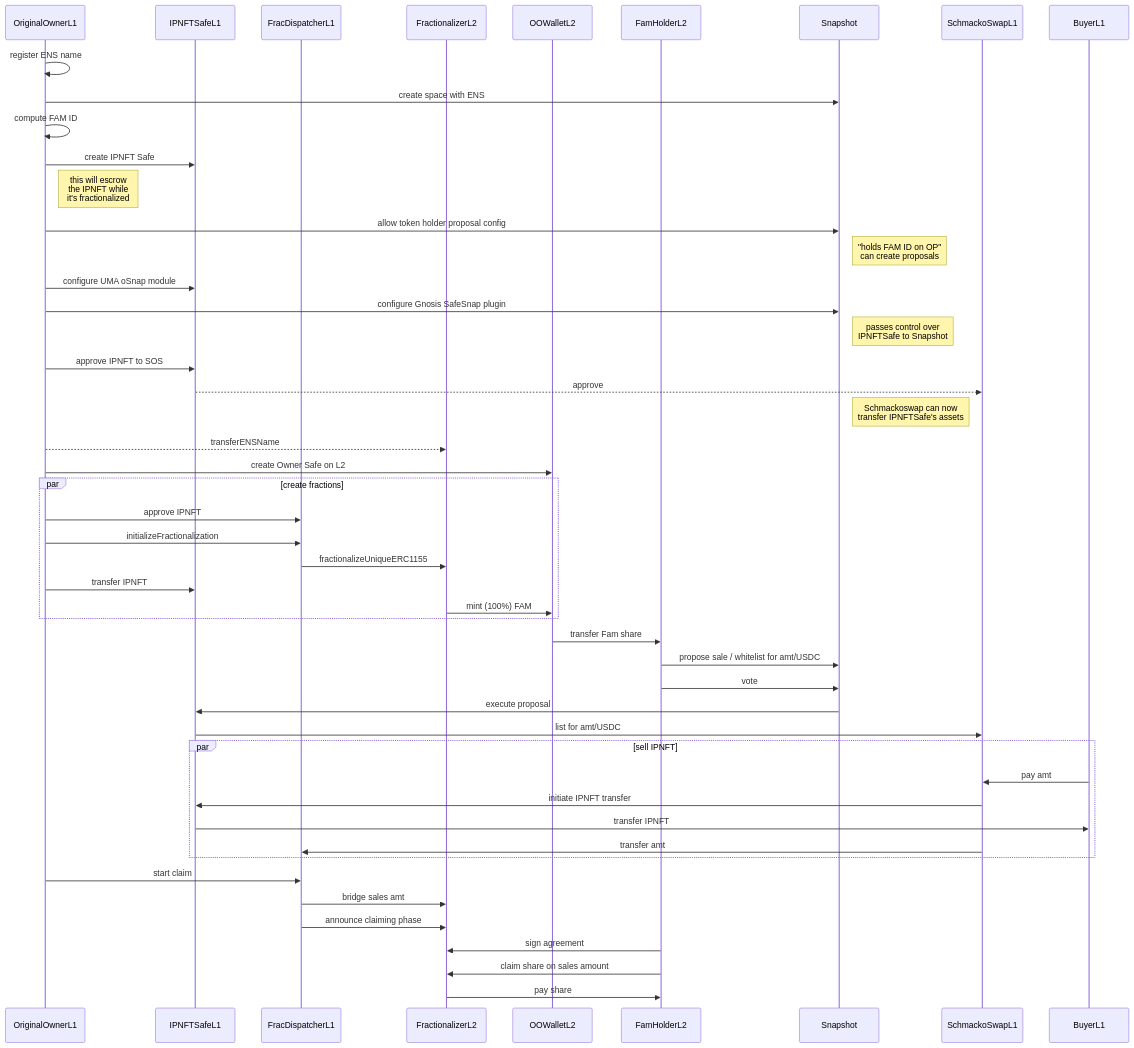
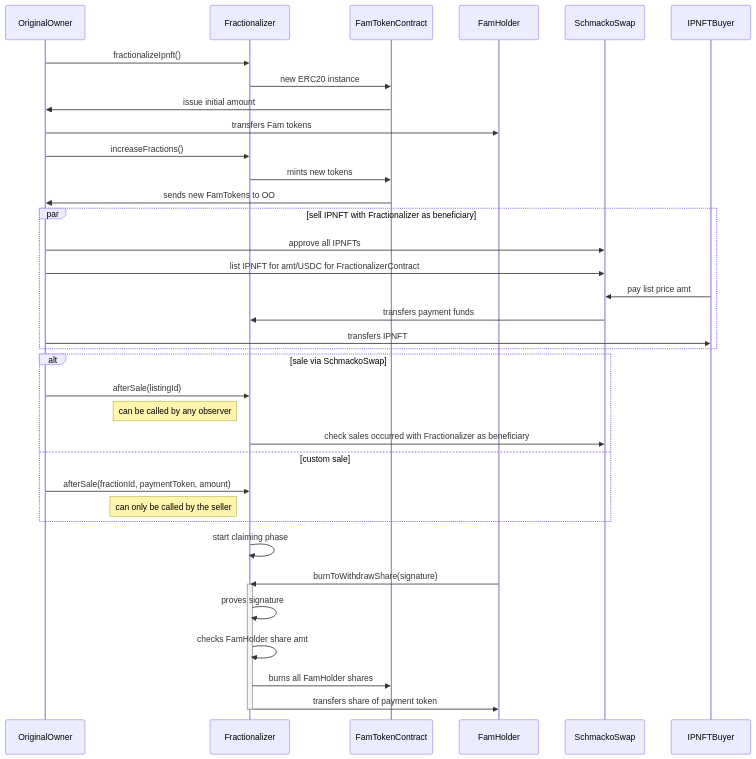
The diagram in SEQUENCE.md (moleculeprotocol/IPNFT), drawn with Mermaid before and after one commit. The commit also changed 2 other files, not shown here.

Commit message:
updates sales / claiming flow

````diff
--- a/SEQUENCE.md
+++ b/SEQUENCE.md
@@ -1,70 +1,47 @@
 ```mermaid
 sequenceDiagram
-    participant OO as OriginalOwnerL1
-    participant IPNFTSafe as IPNFTSafeL1
-    participant FracL1 as FracDispatcherL1
-    participant FX as FractionalizerL2
-    %%participant XDM as XDomainMessenger
+    participant OO as OriginalOwner
+    participant Fractionalizer
+    participant FamToken as FamTokenContract
+    participant FamHolder
+    participant SOS as SchmackoSwap
+    participant Buyer as IPNFTBuyer
 
-    participant OOL2 as OOWalletL2
+    OO->>Fractionalizer: fractionalizeIpnft()
+    Fractionalizer->>FamToken: new ERC20 instance
+    FamToken->>OO: issue initial amount
 
-    participant FamHolder as FamHolderL2
-    participant Snap as Snapshot
-    participant SOS as SchmackoSwapL1
-    participant Buyer as BuyerL1
+    OO->>FamHolder: transfers Fam tokens
 
-    OO->>OO: register ENS name
-    OO->>Snap: create space with ENS
-    OO->>OO: compute FAM ID
+    OO->>Fractionalizer: increaseFractions()
+    Fractionalizer->>FamToken: mints new tokens
+    FamToken->>OO: sends new FamTokens to OO
 
-    OO->>IPNFTSafe: create IPNFT Safe
-    Note right of OO: this will escrow<br> the IPNFT while <br> it's fractionalized
-    OO->>Snap: allow token holder proposal config
-    Note right of Snap: "holds FAM ID on OP" <br> can create proposals
-
-    OO->>IPNFTSafe: configure UMA oSnap module
-    OO->>Snap: configure Gnosis SafeSnap plugin
-    Note right of Snap: passes control over <br> IPNFTSafe to Snapshot
-
-    OO->>IPNFTSafe: approve IPNFT to SOS
-    IPNFTSafe-->>SOS: approve
-    Note left of SOS: Schmackoswap can now <br> transfer IPNFTSafe's assets
-
-    OO-->>FX: transferENSName
-
-    OO->>OOL2: create Owner Safe on L2
-
-    par create fractions
-        OO->>FracL1: approve IPNFT
-        OO->>FracL1: initializeFractionalization
-        FracL1->>FX: fractionalizeUniqueERC1155
-        OO->>IPNFTSafe: transfer IPNFT
-        FX->>OOL2: mint (100%) FAM
+    par sell IPNFT with Fractionalizer as beneficiary
+        OO->>SOS: approve all IPNFTs
+        OO->>SOS: list IPNFT for amt/USDC for FractionalizerContract
+        Buyer->>SOS: pay list price amt
+        SOS->>Fractionalizer: transfers payment funds
+        OO->>Buyer: transfers IPNFT
     end
 
-    OOL2->>FamHolder: transfer Fam share
-
-    %% FamHolder->>FX: sign agreement
-    FamHolder->>Snap: propose sale / whitelist for amt/USDC
-    FamHolder->>Snap: vote
-
-    Snap->>IPNFTSafe: execute proposal
-    IPNFTSafe->>SOS: list for amt/USDC
-
-    par sell IPNFT
-        Buyer->>SOS: pay amt
-        SOS->>IPNFTSafe: initiate IPNFT transfer
-        IPNFTSafe->>Buyer: transfer IPNFT
-        SOS->>FracL1: transfer amt
+    alt sale via SchmackoSwap
+        OO->>Fractionalizer: afterSale(listingId)
+        Note left of Fractionalizer: can be called by any observer
+        Fractionalizer->>SOS: check sales occurred with  Fractionalizer as beneficiary
+    else custom sale
+        OO->>Fractionalizer: afterSale(fractionId, paymentToken, amount)
+        Note left of Fractionalizer: can only be called by the seller
     end
 
-    OO->>FracL1: start claim
-    FracL1->>FX: bridge sales amt
-    FracL1->>FX: announce claiming phase
+    Fractionalizer->>Fractionalizer: start claiming phase
 
-    FamHolder->>FX: sign agreement
-    FamHolder->>FX: claim share on sales amount
-    FX->>FamHolder: pay share
-
+    FamHolder->>Fractionalizer: burnToWithdrawShare(signature)
+    activate Fractionalizer
+    Fractionalizer->>Fractionalizer: proves signature
+    Fractionalizer->>Fractionalizer: checks FamHolder share amt
+    Fractionalizer->>FamToken: burns all FamHolder shares
+    Fractionalizer->>FamHolder: transfers share of payment token
+    deactivate Fractionalizer
 
 ```
````
